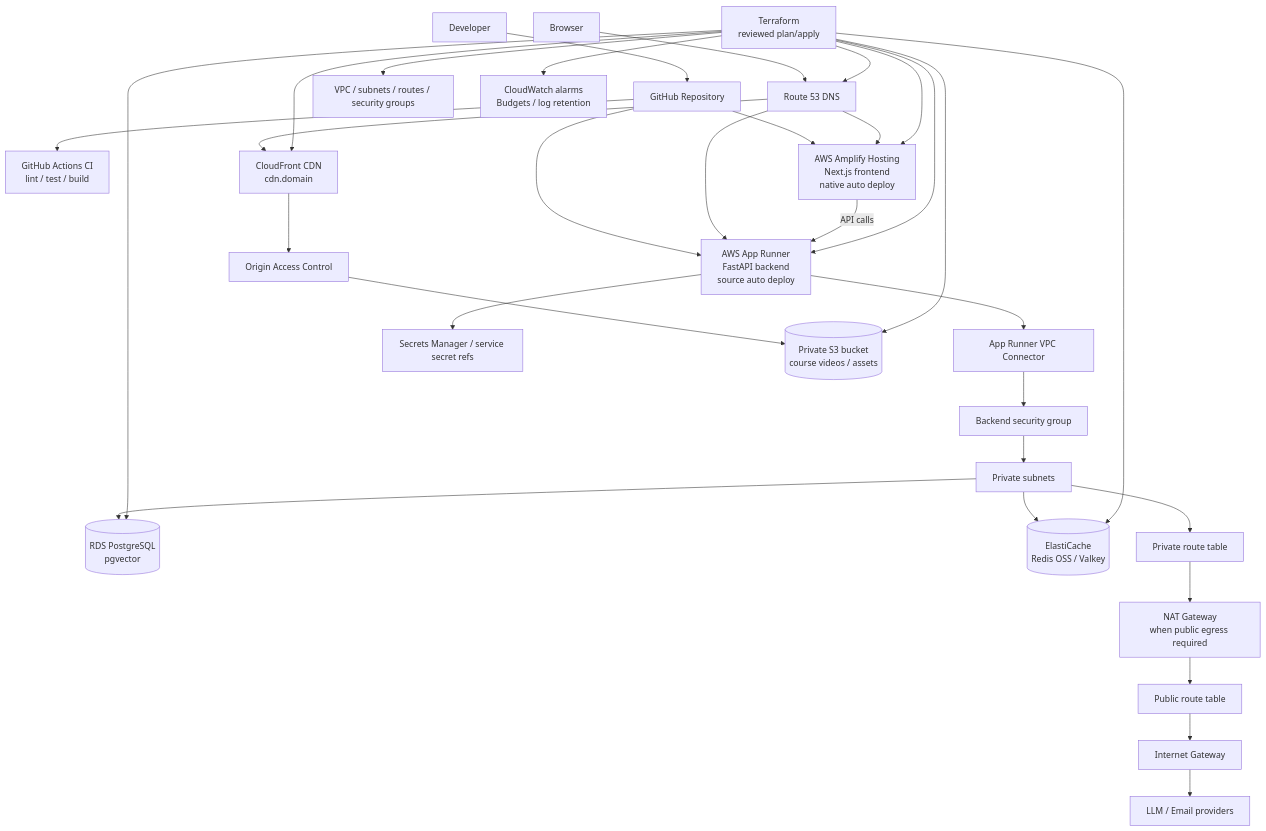
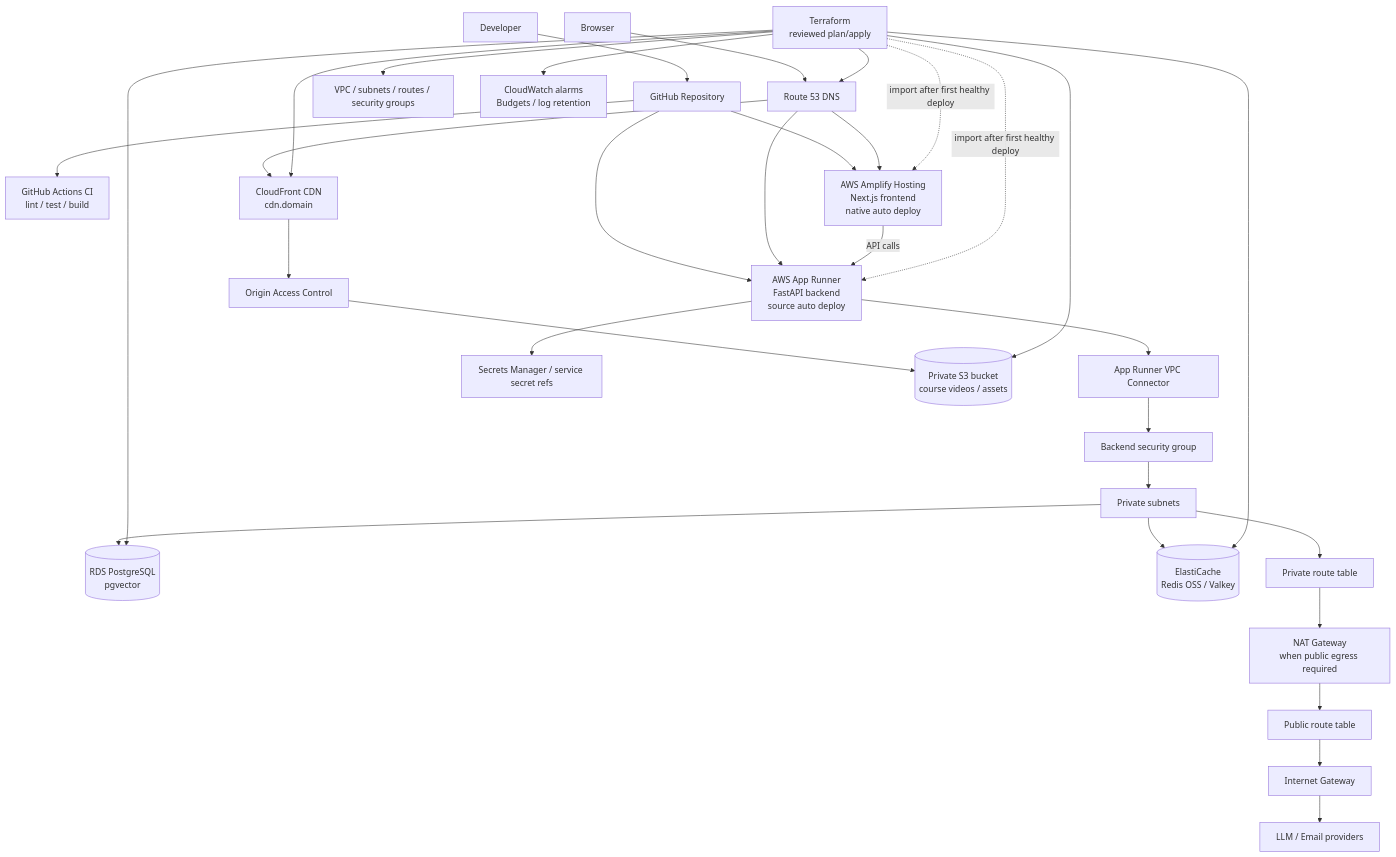
The first of 2 diagrams in deploy/AWS_ARCHITECTURE.md (luannnguyenai/team49-backup), drawn with Mermaid before and after one commit. The commit also changed other lines of this file and 15 other files, not shown here.

````diff
--- a/deploy/AWS_ARCHITECTURE.md
+++ b/deploy/AWS_ARCHITECTURE.md
@@ -7,41 +7,41 @@
 ```mermaid
 flowchart TB
   Dev[Developer] --> GitHub[GitHub Repository]
 
   GitHub --> CI[GitHub Actions CI<br/>lint / test / build]
   GitHub --> Amplify[AWS Amplify Hosting<br/>Next.js frontend<br/>native auto deploy]
   GitHub --> AppRunner[AWS App Runner<br/>FastAPI backend<br/>source auto deploy]
 
   User[Browser] --> Route53[Route 53 DNS]
   Route53 --> Amplify
   Route53 --> AppRunner
   Route53 --> CloudFront[CloudFront CDN<br/>cdn.domain]
 
   Amplify -->|API calls| AppRunner
 
   AppRunner --> VPCConnector[App Runner VPC Connector]
   VPCConnector --> AppRunnerSG[Backend security group]
   AppRunnerSG --> PrivateSubnets[Private subnets]
   PrivateSubnets --> RDS[(RDS PostgreSQL<br/>pgvector)]
   PrivateSubnets --> Redis[(ElastiCache<br/>Redis OSS / Valkey)]
 
   AppRunner --> Secrets[Secrets Manager / service secret refs]
   PrivateSubnets --> PrivateRoutes[Private route table]
   PrivateRoutes --> NAT[NAT Gateway<br/>when public egress required]
   NAT --> PublicRoutes[Public route table]
   PublicRoutes --> IGW[Internet Gateway]
   IGW --> Providers[LLM / Email providers]
 
   CloudFront --> OAC[Origin Access Control]
   OAC --> S3[(Private S3 bucket<br/>course videos / assets)]
 
   Terraform[Terraform<br/>reviewed plan/apply] --> Network[VPC / subnets / routes / security groups]
   Terraform --> RDS
   Terraform --> Redis
   Terraform --> S3
   Terraform --> CloudFront
-  Terraform --> AppRunner
-  Terraform --> Amplify
+  Terraform -. import after first healthy deploy .-> AppRunner
+  Terraform -. import after first healthy deploy .-> Amplify
   Terraform --> Route53
   Terraform --> Observability[CloudWatch alarms<br/>Budgets / log retention]
 ```
````
